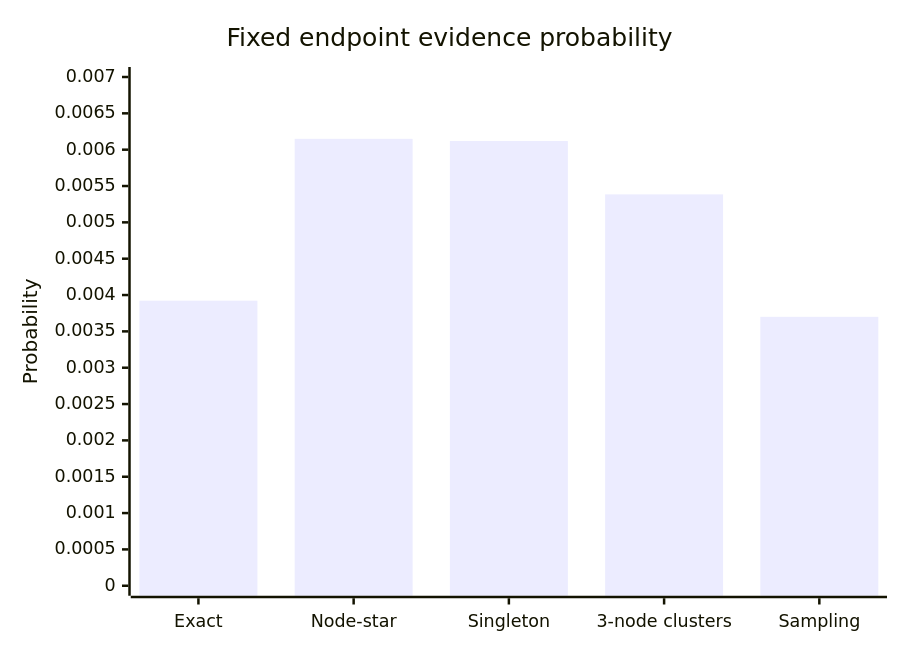
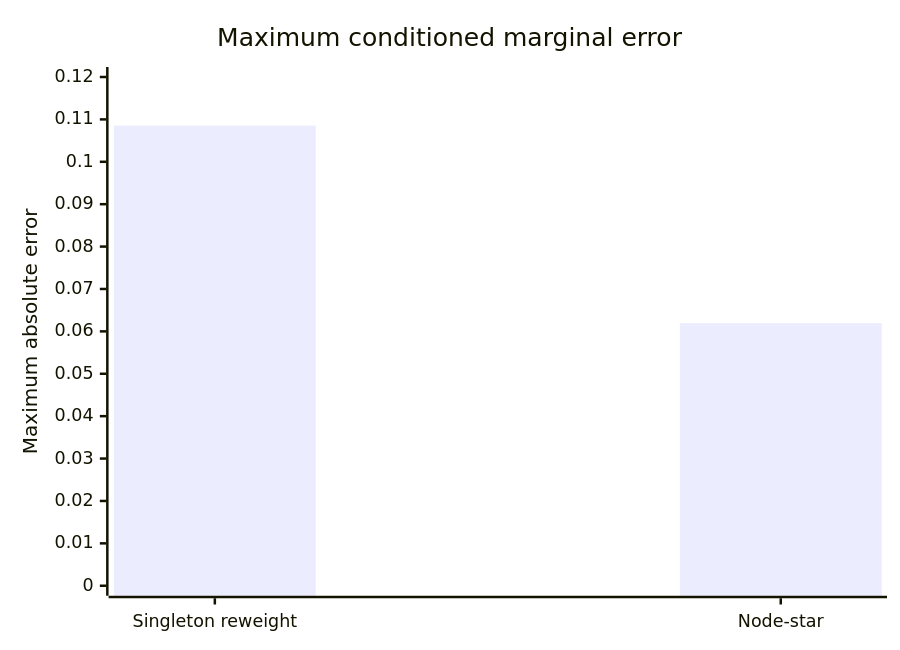
The seventh of 7 diagrams in README.md (dlinzner-bcs/ruCTBN), drawn with Mermaid before and after one commit. The commit also changed other lines of this file and 3 other files, not shown here.

````diff
--- a/README.md
+++ b/README.md
@@ -278,7 +212,7 @@
 ```mermaid
 xychart-beta
-    title "Fixed endpoint evidence probability"
-    x-axis ["Exact", "Node-star", "Singleton", "3-node clusters", "Sampling"]
-    y-axis "Probability" 0 --> 0.007
-    bar [0.003922, 0.006149, 0.006119, 0.005385, 0.003700]
+    title "Maximum conditioned marginal error"
+    x-axis ["Singleton reweight", "Node-star"]
+    y-axis "Maximum absolute error" 0 --> 0.12
+    bar [0.108546, 0.061950]
 ```
````
